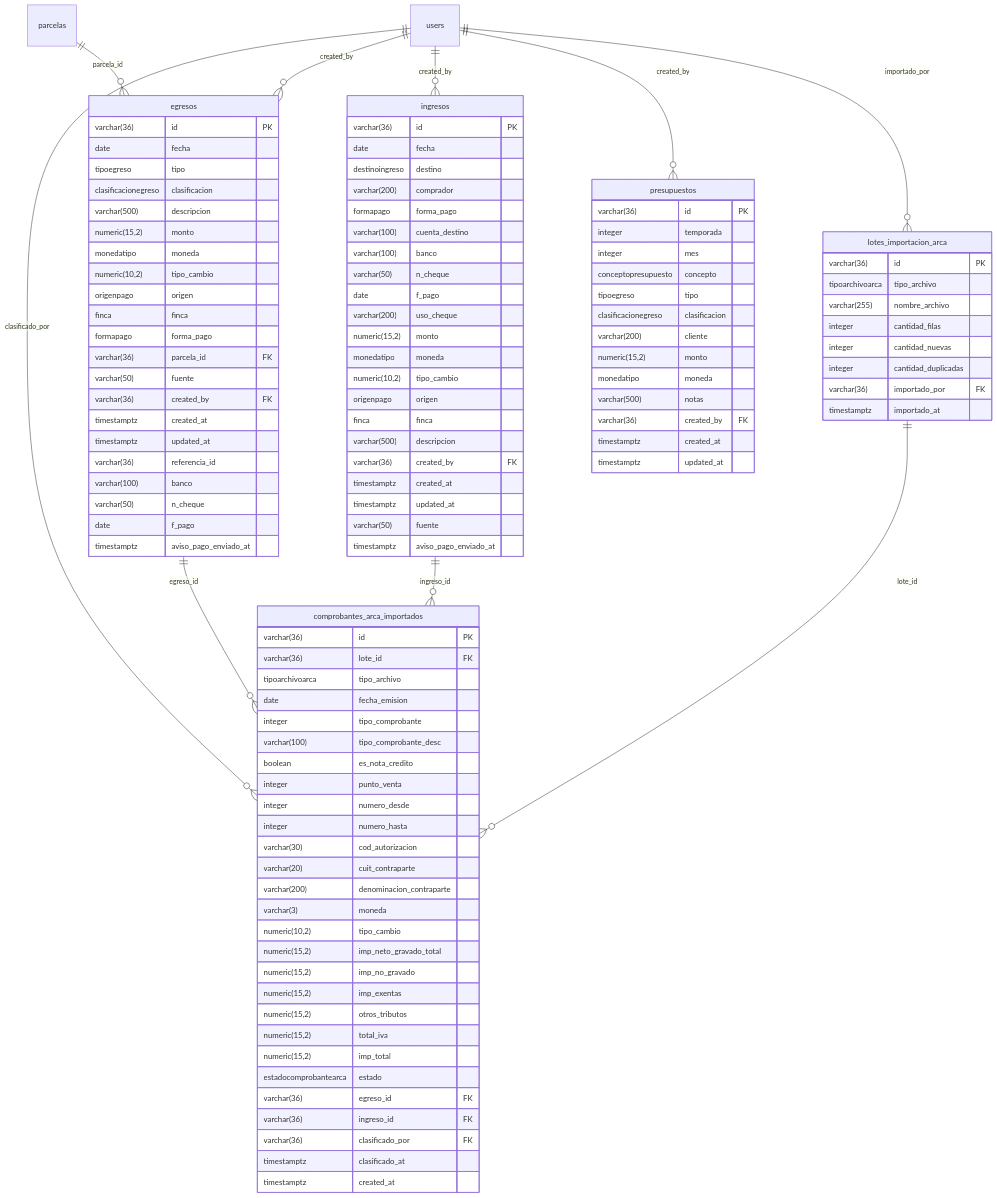
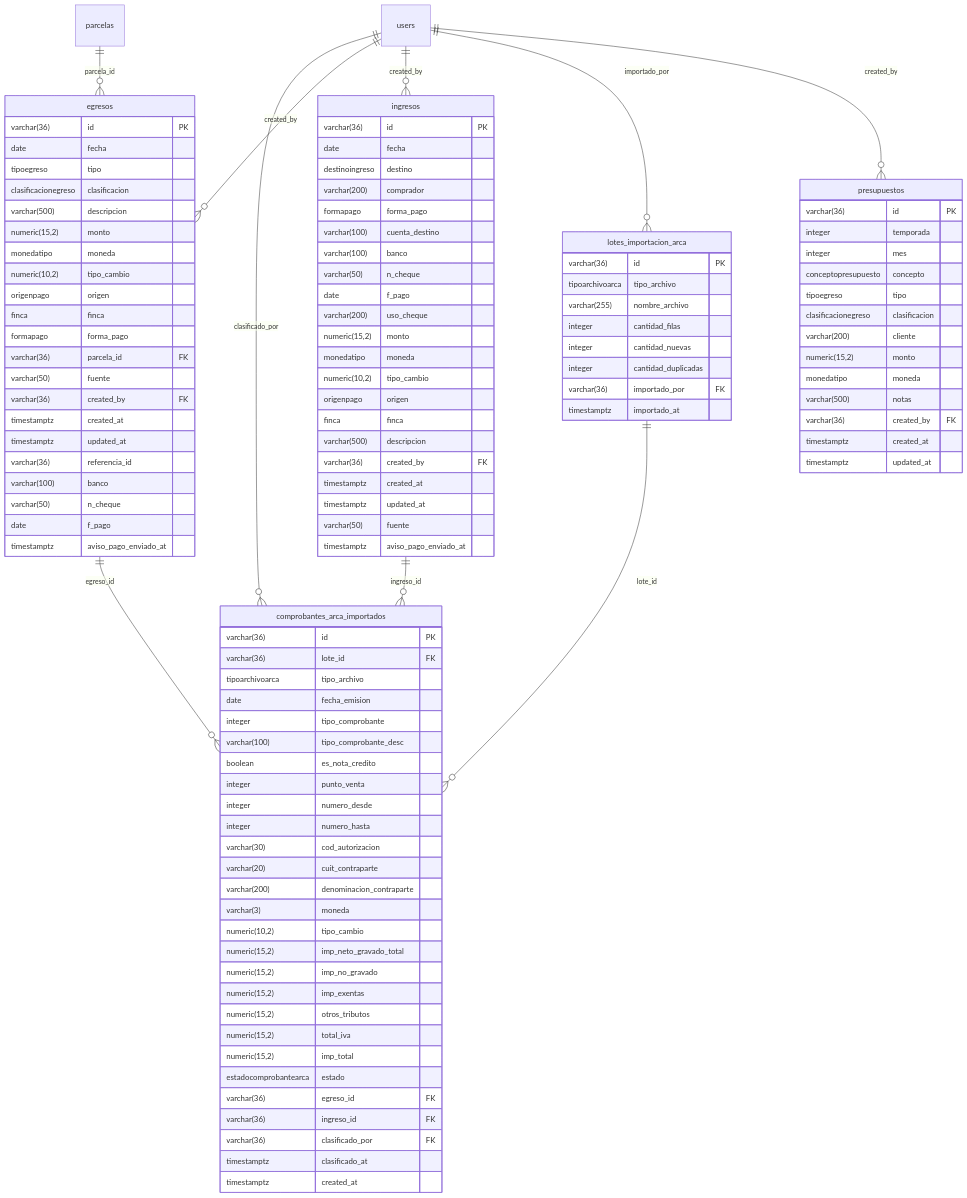
One commit to FaustoYanzon/Proyecto-Gestion-Los-Lirios- changed the sixth of 10 diagrams in docs/sistema/Modelo de Datos.md. Above: the diagram before and after it, drawn with Mermaid. The commit also changed other lines of this file and 28 other files, not shown here.

````diff
--- a/docs/sistema/Modelo de Datos.md
+++ b/docs/sistema/Modelo de Datos.md
@@ -1025,11 +1035,11 @@
 ```mermaid
 erDiagram
+    ingresos ||--o{ comprobantes_arca_importados : "ingreso_id"
     lotes_importacion_arca ||--o{ comprobantes_arca_importados : "lote_id"
-    ingresos ||--o{ comprobantes_arca_importados : "ingreso_id"
     egresos ||--o{ comprobantes_arca_importados : "egreso_id"
     users ||--o{ comprobantes_arca_importados : "clasificado_por"
+    parcelas ||--o{ egresos : "parcela_id"
     users ||--o{ egresos : "created_by"
-    parcelas ||--o{ egresos : "parcela_id"
     users ||--o{ ingresos : "created_by"
     users ||--o{ lotes_importacion_arca : "importado_por"
     users ||--o{ presupuestos : "created_by"
````
